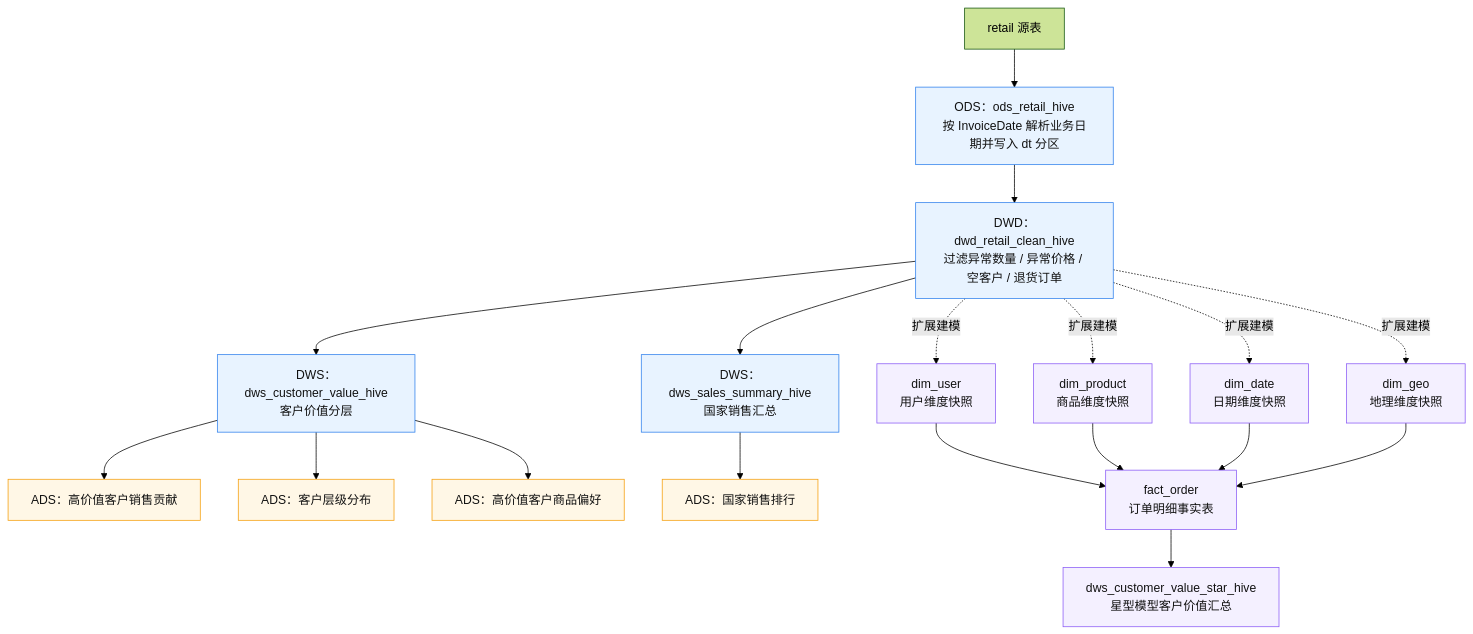
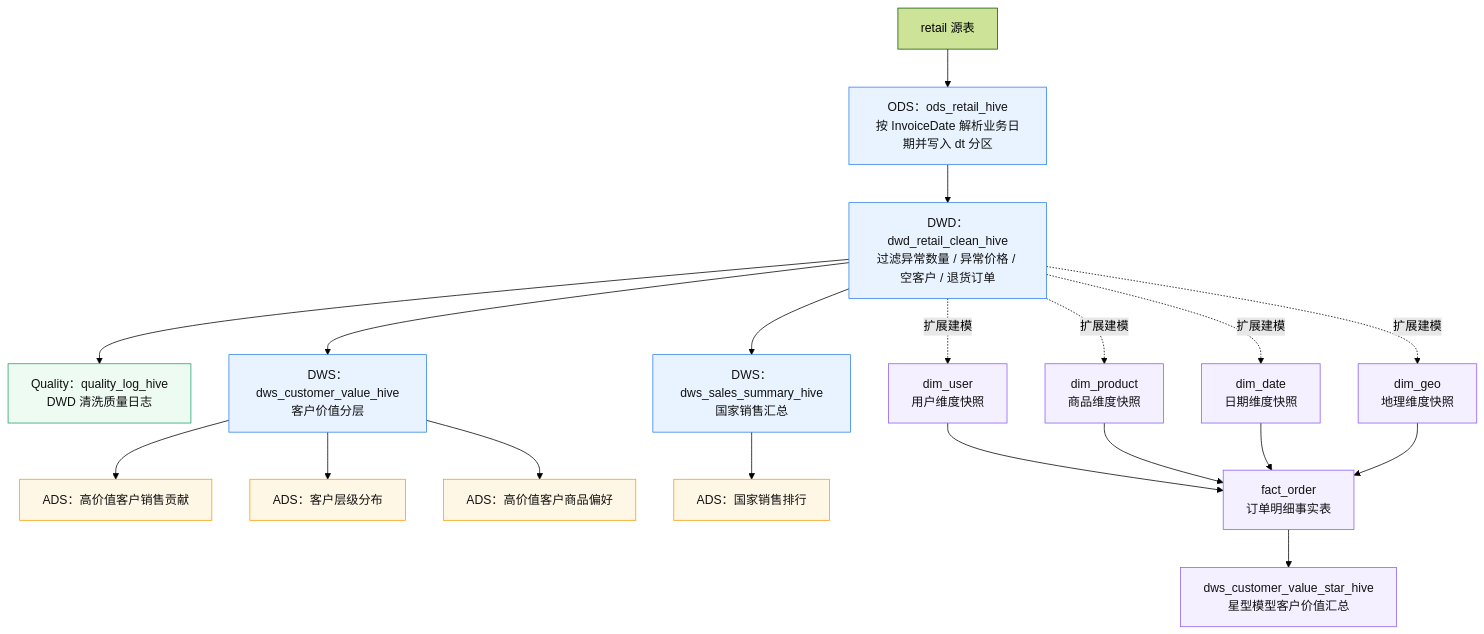
Before and after one commit to 2026heita/retail_project: the second of 2 diagrams in README.md, drawn with Mermaid (forest theme). The commit also changed other lines of this file and 11 other files, not shown here.

Commit message:
docs: add lightweight BI dashboard and quality log updates

````diff
--- a/README.md
+++ b/README.md
@@ -42,30 +43,33 @@
 ```mermaid
 flowchart TB
     S["retail 源表"] --> ODS["ODS：ods_retail_hive<br/>按 InvoiceDate 解析业务日期并写入 dt 分区"]
     ODS --> DWD["DWD：dwd_retail_clean_hive<br/>过滤异常数量 / 异常价格 / 空客户 / 退货订单"]
 
+    DWD --> QL["Quality：quality_log_hive<br/>DWD 清洗质量日志"]
     DWD --> DWS1["DWS：dws_customer_value_hive<br/>客户价值分层"]
     DWD --> DWS2["DWS：dws_sales_summary_hive<br/>国家销售汇总"]
 
     DWS1 --> ADS1["ADS：高价值客户销售贡献"]
     DWS1 --> ADS2["ADS：客户层级分布"]
     DWS1 --> ADS4["ADS：高价值客户商品偏好"]
     DWS2 --> ADS3["ADS：国家销售排行"]
 
     DWD -. 扩展建模 .-> U["dim_user<br/>用户维度快照"]
     DWD -. 扩展建模 .-> P["dim_product<br/>商品维度快照"]
     DWD -. 扩展建模 .-> T["dim_date<br/>日期维度快照"]
     DWD -. 扩展建模 .-> G["dim_geo<br/>地理维度快照"]
     U --> FO["fact_order<br/>订单明细事实表"]
     P --> FO
     T --> FO
     G --> FO
     FO --> STAR["dws_customer_value_star_hive<br/>星型模型客户价值汇总"]
 
     classDef layer fill:#e8f3ff,stroke:#2f80ed,stroke-width:1px,color:#111;
     classDef ads fill:#fff7e6,stroke:#f59e0b,stroke-width:1px,color:#111;
     classDef star fill:#f4f0ff,stroke:#8b5cf6,stroke-width:1px,color:#111;
+    classDef check fill:#eefbf3,stroke:#22a06b,stroke-width:1px,color:#111;
     class ODS,DWD,DWS1,DWS2 layer;
+    class QL check;
     class ADS1,ADS2,ADS3,ADS4 ads;
     class U,P,T,G,FO,STAR star;
 ```
````
